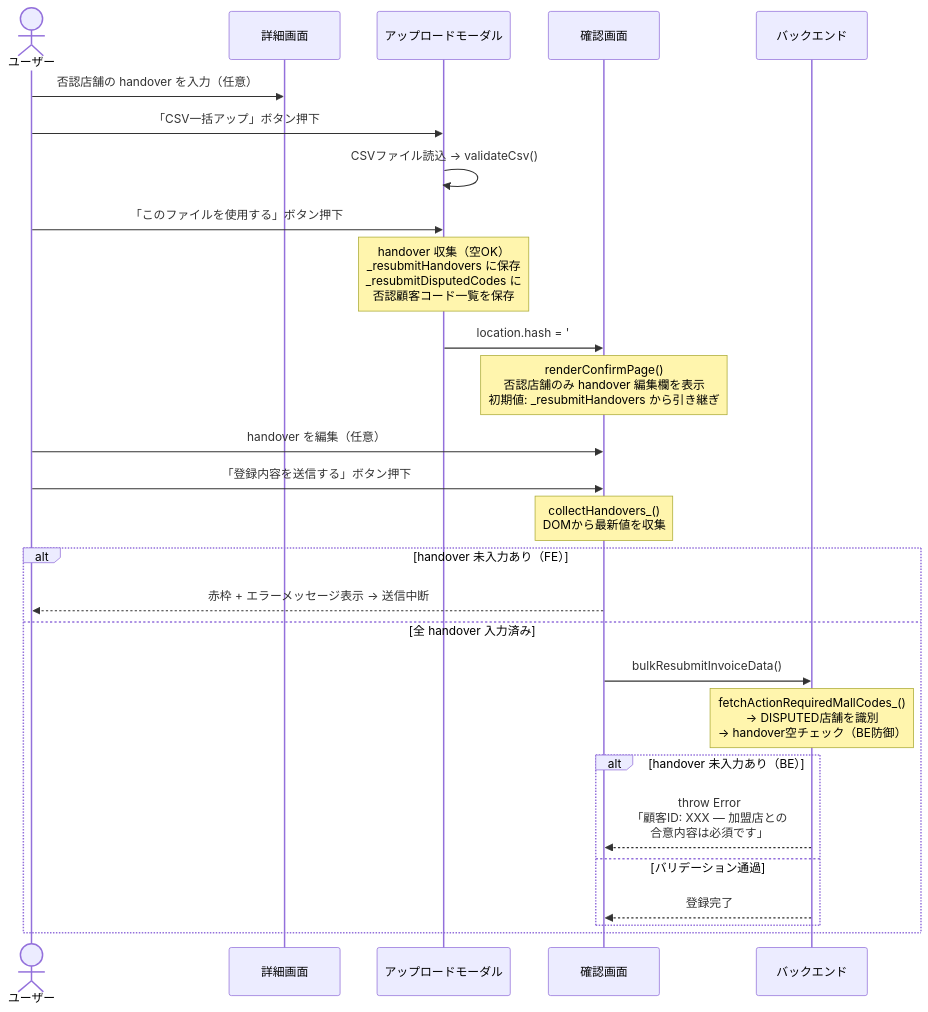
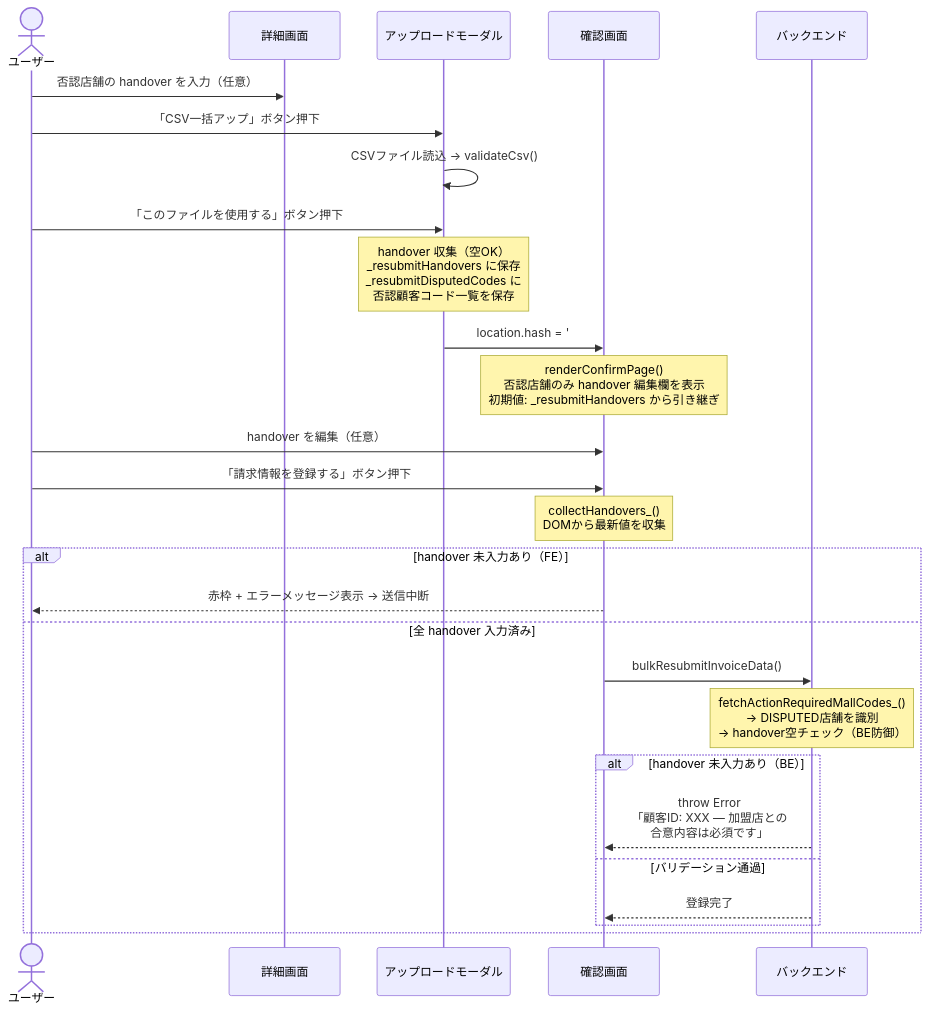
One commit to USEN-PAY-Products/connect-wholesale-gas-poc changed the second of 2 diagrams in docs/pr_work_logs/PR_作業まとめ_MYP-3782.md. Above: the diagram before and after it, drawn with Mermaid. The commit also changed other lines of this file and 11 other files, not shown here.

````diff
--- a/docs/pr_work_logs/PR_作業まとめ_MYP-3782.md
+++ b/docs/pr_work_logs/PR_作業まとめ_MYP-3782.md
@@ -110,36 +110,36 @@
 ```mermaid
 sequenceDiagram
   actor User as ユーザー
   participant Detail as 詳細画面
   participant Modal as アップロードモーダル
   participant Confirm as 確認画面
   participant BE as バックエンド
 
   User->>Detail: 否認店舗の handover を入力（任意）
   User->>Modal: 「CSV一括アップ」ボタン押下
   Modal->>Modal: CSVファイル読込 → validateCsv()
   User->>Modal: 「このファイルを使用する」ボタン押下
 
   Note over Modal: handover 収集（空OK）<br/>_resubmitHandovers に保存<br/>_resubmitDisputedCodes に<br/>否認顧客コード一覧を保存
 
   Modal->>Confirm: location.hash = '#confirm'
 
   Note over Confirm: renderConfirmPage()<br/>否認店舗のみ handover 編集欄を表示<br/>初期値: _resubmitHandovers から引き継ぎ
 
   User->>Confirm: handover を編集（任意）
-  User->>Confirm: 「登録内容を送信する」ボタン押下
+  User->>Confirm: 「請求情報を登録する」ボタン押下
 
   Note over Confirm: collectHandovers_()<br/>DOMから最新値を収集
 
   alt handover 未入力あり（FE）
     Confirm-->>User: 赤枠 + エラーメッセージ表示 → 送信中断
   else 全 handover 入力済み
     Confirm->>BE: bulkResubmitInvoiceData()
     Note over BE: fetchActionRequiredMallCodes_()<br/>→ DISPUTED店舗を識別<br/>→ handover空チェック（BE防御）
     alt handover 未入力あり（BE）
       BE-->>Confirm: throw Error<br/>「顧客ID: XXX — 加盟店との<br/>合意内容は必須です」
     else バリデーション通過
       BE-->>Confirm: 登録完了
     end
   end
 ```
````
